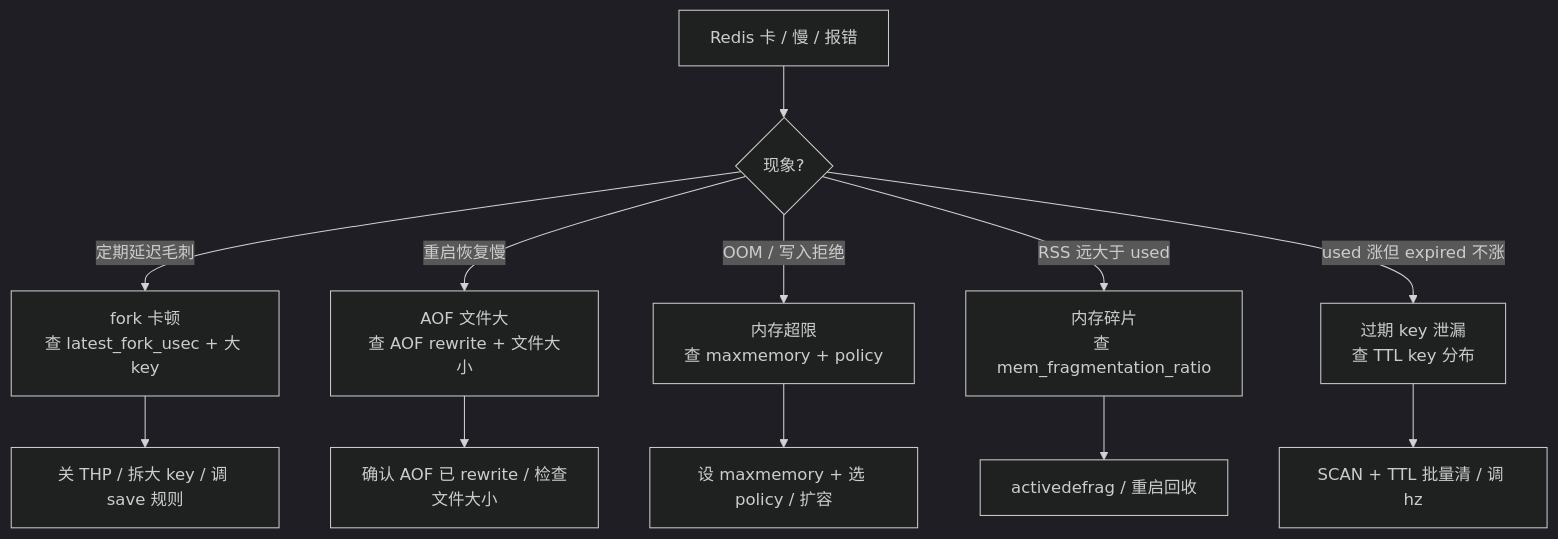
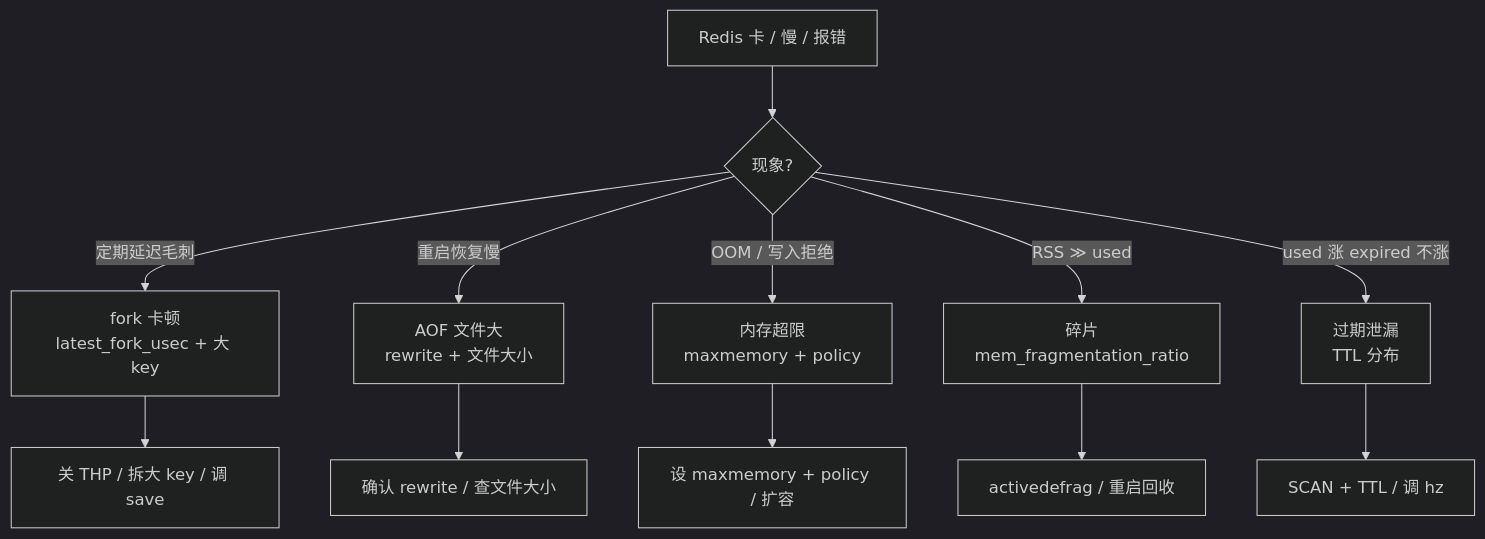
The tenth of 10 diagrams in 02-中间件与数据库/02-Redis/02-持久化与内存管理/知识点.md (ml-cuizijun/LearnToLilith), drawn with Mermaid (dark theme) before and after one commit. The commit also changed other lines of this file and 178 other files, not shown here.

````diff
--- a/02-中间件与数据库/02-Redis/02-持久化与内存管理/知识点.md
+++ b/02-中间件与数据库/02-Redis/02-持久化与内存管理/知识点.md
@@ -555,14 +565,14 @@
 ```mermaid
 flowchart TB
     P["Redis 卡 / 慢 / 报错"] --> A{现象?}
-    A -->|定期延迟毛刺| B["fork 卡顿<br/>查 latest_fork_usec + 大 key"]
-    A -->|重启恢复慢| C["AOF 文件大<br/>查 AOF rewrite + 文件大小"]
-    A -->|OOM / 写入拒绝| D["内存超限<br/>查 maxmemory + policy"]
-    A -->|RSS 远大于 used| E["内存碎片<br/>查 mem_fragmentation_ratio"]
-    A -->|used 涨但 expired 不涨| F["过期 key 泄漏<br/>查 TTL key 分布"]
-    B --> B1["关 THP / 拆大 key / 调 save 规则"]
-    C --> C1["确认 AOF 已 rewrite / 检查文件大小"]
-    D --> D1["设 maxmemory + 选 policy / 扩容"]
+    A -->|定期延迟毛刺| B["fork 卡顿<br/>latest_fork_usec + 大 key"]
+    A -->|重启恢复慢| C["AOF 文件大<br/>rewrite + 文件大小"]
+    A -->|OOM / 写入拒绝| D["内存超限<br/>maxmemory + policy"]
+    A -->|RSS ≫ used| E["碎片<br/>mem_fragmentation_ratio"]
+    A -->|used 涨 expired 不涨| F["过期泄漏<br/>TTL 分布"]
+    B --> B1["关 THP / 拆大 key / 调 save"]
+    C --> C1["确认 rewrite / 查文件大小"]
+    D --> D1["设 maxmemory + policy / 扩容"]
     E --> E1["activedefrag / 重启回收"]
-    F --> F1["SCAN + TTL 批量清 / 调 hz"]
+    F --> F1["SCAN + TTL / 调 hz"]
 ```
````
